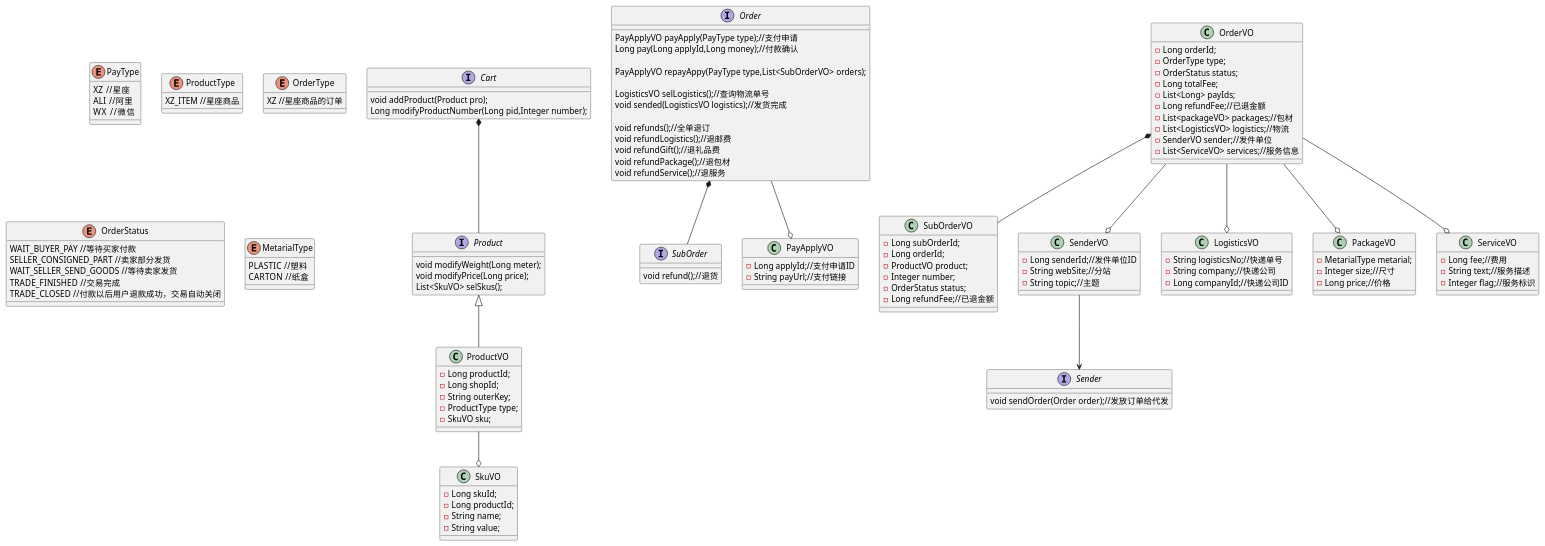
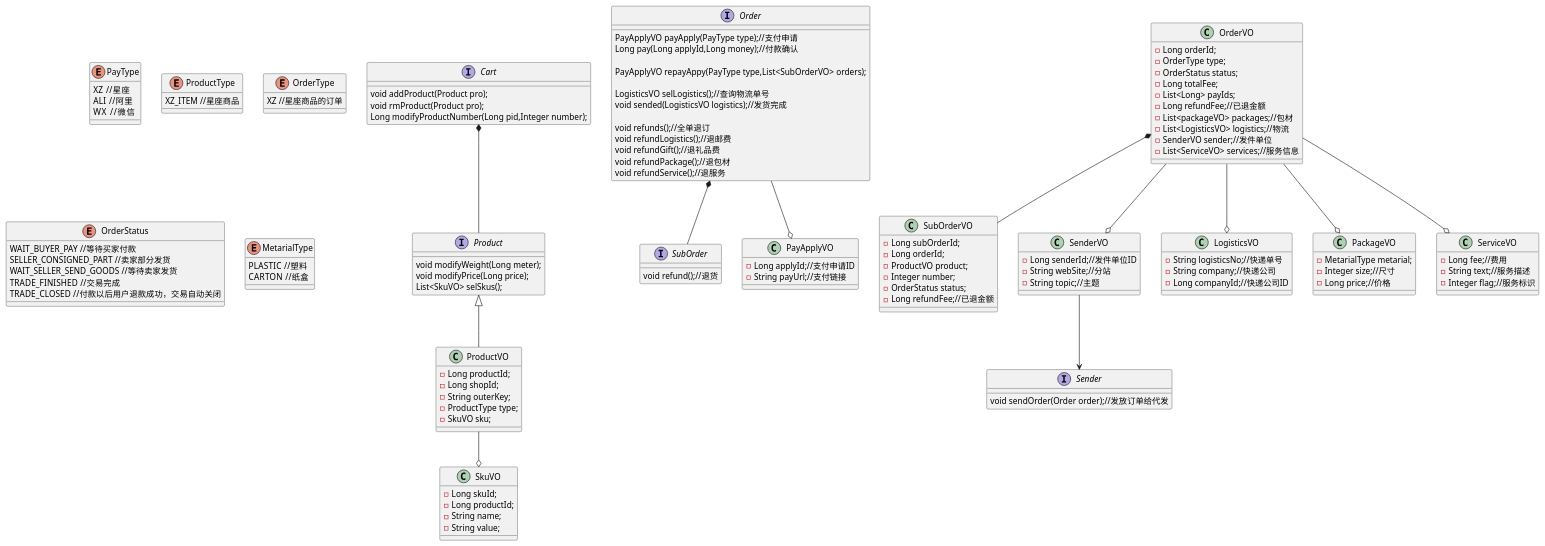
Before and after one commit to pogy/main-pom: the diagram in main4-order/main4-order-api/src/main/resources/orderClass.puml, drawn with PlantUML.

Commit message:
订单去除规则

```diff
--- a/main4-order/main4-order-api/src/main/resources/orderClass.puml
+++ b/main4-order/main4-order-api/src/main/resources/orderClass.puml
@@ -1,147 +1,148 @@
 @startuml
 enum PayType{
 XZ  //星座
 ALI  //阿里
 WX   //微信
 }
 interface Cart{
 void addProduct(Product pro);
+void rmProduct(Product pro);
 Long modifyProductNumber(Long pid,Integer number);
 }
 interface Order{
 PayApplyVO payApply(PayType type);//支付申请
 Long pay(Long applyId,Long money);//付款确认
 
 PayApplyVO repayAppy(PayType type,List<SubOrderVO> orders);
 
 LogisticsVO selLogistics();//查询物流单号
 void sended(LogisticsVO logistics);//发货完成
 
 void refunds();//全单退订
 void refundLogistics();//退邮费
 void refundGift();//退礼品费
 void refundPackage();//退包材
 void refundService();//退服务
 }
 interface SubOrder{
 void refund();//退货
 
 }
 interface Product{
 void modifyWeight(Long meter);
 void modifyPrice(Long price);
 List<SkuVO> selSkus();
 }
 interface Sender{
 void sendOrder(Order order);//发放订单给代发
 }
 
 class OrderVO{
 -Long orderId;
 -OrderType type;
 -OrderStatus status;
 -Long totalFee;
 -List<Long> payIds;
 -Long refundFee;//已退金额
 -List<packageVO> packages;//包材
 -List<LogisticsVO> logistics;//物流
 -SenderVO sender;//发件单位
 -List<ServiceVO> services;//服务信息
 }
 
 class SubOrderVO{
 -Long subOrderId;
 -Long orderId;
 -ProductVO product;
 -Integer number;
 -OrderStatus status;
 -Long refundFee;//已退金额
 }
 
 enum ProductType{
 XZ_ITEM //星座商品
 
 }
 
 enum OrderType{
 XZ //星座商品的订单
 
 }
 
 enum OrderStatus{
 WAIT_BUYER_PAY //等待买家付款
 SELLER_CONSIGNED_PART //卖家部分发货
 WAIT_SELLER_SEND_GOODS //等待卖家发货
 TRADE_FINISHED  //交易完成
 TRADE_CLOSED  //付款以后用户退款成功，交易自动关闭
 
 }
 
 enum MetarialType{
 PLASTIC  //塑料
 CARTON  //纸盒
 }
 
 
 class ProductVO{
 -Long productId;
 -Long shopId;
 -String outerKey;
 -ProductType type;
 -SkuVO sku;
 }
 
 class SkuVO{
 -Long skuId;
 -Long productId;
 -String name;
 -String value;
 }
 
 class PayApplyVO{
 -Long applyId;//支付申请ID
 -String payUrl;//支付链接
 }
 
 class SenderVO{
 -Long senderId;//发件单位ID
 -String webSite;//分站
 -String topic;//主题
 }
 
 class LogisticsVO{
 -String logisticsNo;//快递单号
 -String company;//快递公司
 -Long companyId;//快递公司ID
 }
 
 class PackageVO{
 -MetarialType metarial;
 -Integer size;//尺寸
 -Long price;//价格
 }
 
 class ServiceVO{
 -Long fee;//费用
 -String text;//服务描述
 -Integer flag;//服务标识
 }
 
 Cart *-- Product
 Product <|-- ProductVO
 ProductVO --o SkuVO
 
 Order *-- SubOrder
 OrderVO *-- SubOrderVO
 OrderVO --o ServiceVO
 
 OrderVO --o SenderVO
 OrderVO --o PackageVO
 OrderVO --o LogisticsVO
 
 Order --o PayApplyVO
 
 SenderVO --> Sender
 
 
 @enduml
```
